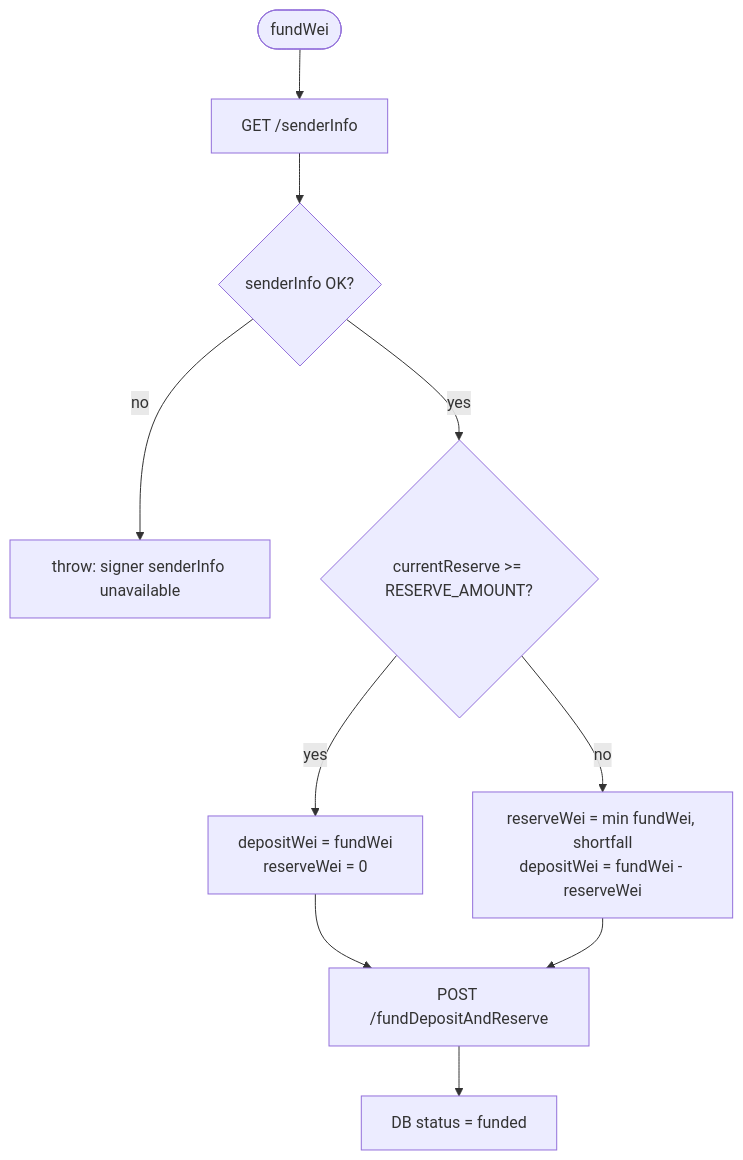
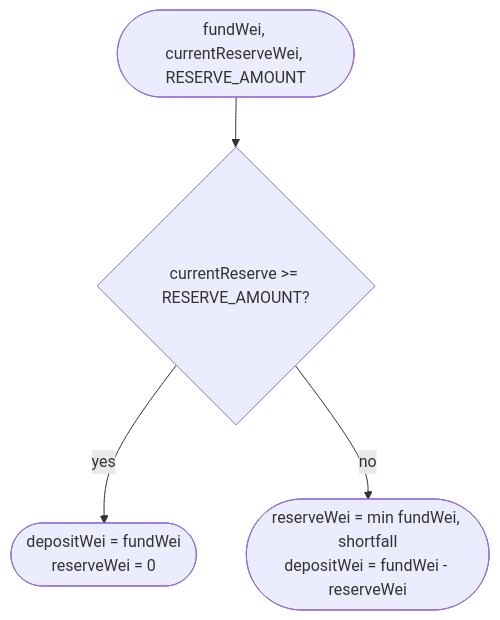
The fifth of 5 diagrams in docs/turnkey-ticket-funding.md (pymthouse/pymthouse), drawn with Mermaid before and after one commit. The commit also changed other lines of this file, not shown here.

First line of the commit message:
docs: separate deposit webhook happy-path flow from decision trees

````diff
--- a/docs/turnkey-ticket-funding.md
+++ b/docs/turnkey-ticket-funding.md
@@ -232,12 +224,6 @@
 ```mermaid
 flowchart TD
-  Start([fundWei]) --> SI[GET /senderInfo]
-  SI --> Avail{senderInfo OK?}
-  Avail -->|no| Fail[throw: signer senderInfo unavailable]
-  Avail -->|yes| Full{currentReserve >= RESERVE_AMOUNT?}
-  Full -->|yes| AllDep[depositWei = fundWei<br/>reserveWei = 0]
-  Full -->|no| Split[reserveWei = min fundWei, shortfall<br/>depositWei = fundWei - reserveWei]
-  AllDep --> Post[POST /fundDepositAndReserve]
-  Split --> Post
-  Post --> Mark[DB status = funded]
+  Start([fundWei, currentReserveWei, RESERVE_AMOUNT]) --> Full{currentReserve >= RESERVE_AMOUNT?}
+  Full -->|yes| AllDep([depositWei = fundWei<br/>reserveWei = 0])
+  Full -->|no| Split([reserveWei = min fundWei, shortfall<br/>depositWei = fundWei - reserveWei])
 ```
````
